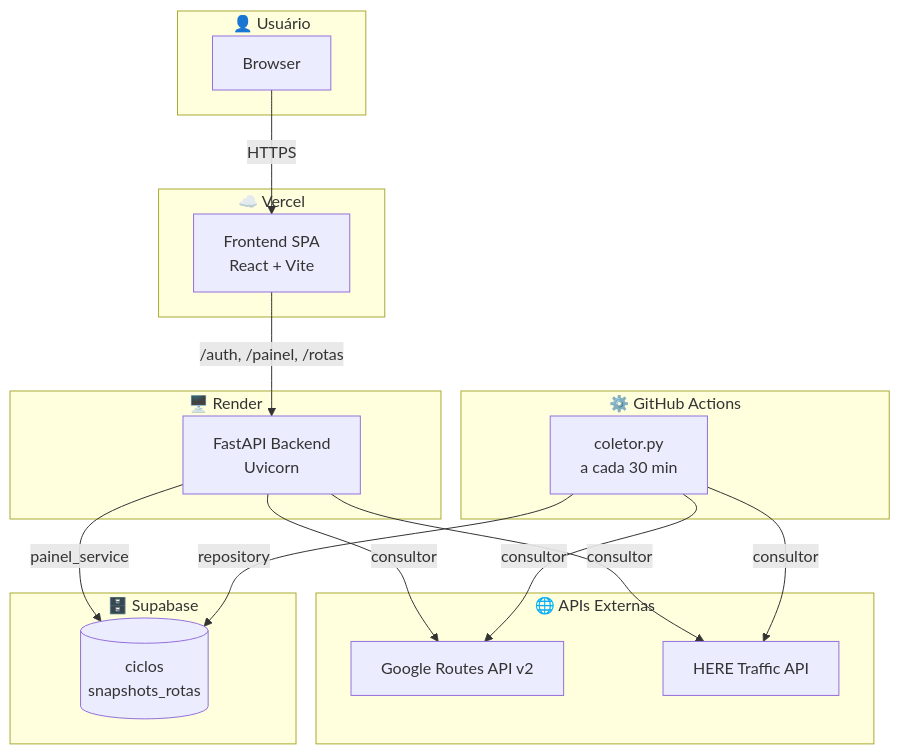
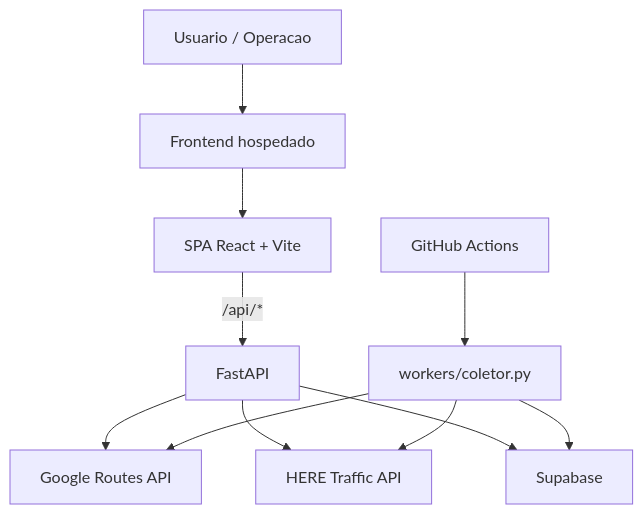
One commit to Ivaanildo/monitoramento-dinamico changed the first of 2 diagrams in docs/arquitetura/01-visao-geral.md. Above: the diagram before and after it, drawn with Mermaid. The commit also changed other lines of this file and 12 other files, not shown here.

````diff
--- a/docs/arquitetura/01-visao-geral.md
+++ b/docs/arquitetura/01-visao-geral.md
@@ -5,36 +5,13 @@
 ```mermaid
 flowchart TB
-    subgraph Usuario["👤 Usuário"]
-        Browser[Browser]
-    end
-
-    subgraph Vercel["☁️ Vercel"]
-        SPA[Frontend SPA<br/>React + Vite]
-    end
-
-    subgraph Render["🖥️ Render"]
-        API[FastAPI Backend<br/>Uvicorn]
-    end
-
-    subgraph GitHub["⚙️ GitHub Actions"]
-        Coletor[coletor.py<br/>a cada 30 min]
-    end
-
-    subgraph APIs["🌐 APIs Externas"]
-        Google[Google Routes API v2]
-        HERE[HERE Traffic API]
-    end
-
-    subgraph Supabase["🗄️ Supabase"]
-        DB[(ciclos<br/>snapshots_rotas)]
-    end
-
-    Browser -->|HTTPS| SPA
-    SPA -->|/auth, /painel, /rotas| API
-    API -->|consultor| Google
-    API -->|consultor| HERE
-    API -->|painel_service| DB
-    Coletor -->|consultor| Google
-    Coletor -->|consultor| HERE
-    Coletor -->|repository| DB
+    Usuario["Usuario / Operacao"] --> Vercel["Frontend hospedado"]
+    Vercel --> SPA["SPA React + Vite"]
+    SPA -->|/api/*| API["FastAPI"]
+    API --> Google["Google Routes API"]
+    API --> Here["HERE Traffic API"]
+    API --> Supabase["Supabase"]
+    GHA["GitHub Actions"] --> Worker["workers/coletor.py"]
+    Worker --> Google
+    Worker --> Here
+    Worker --> Supabase
 ```
````
